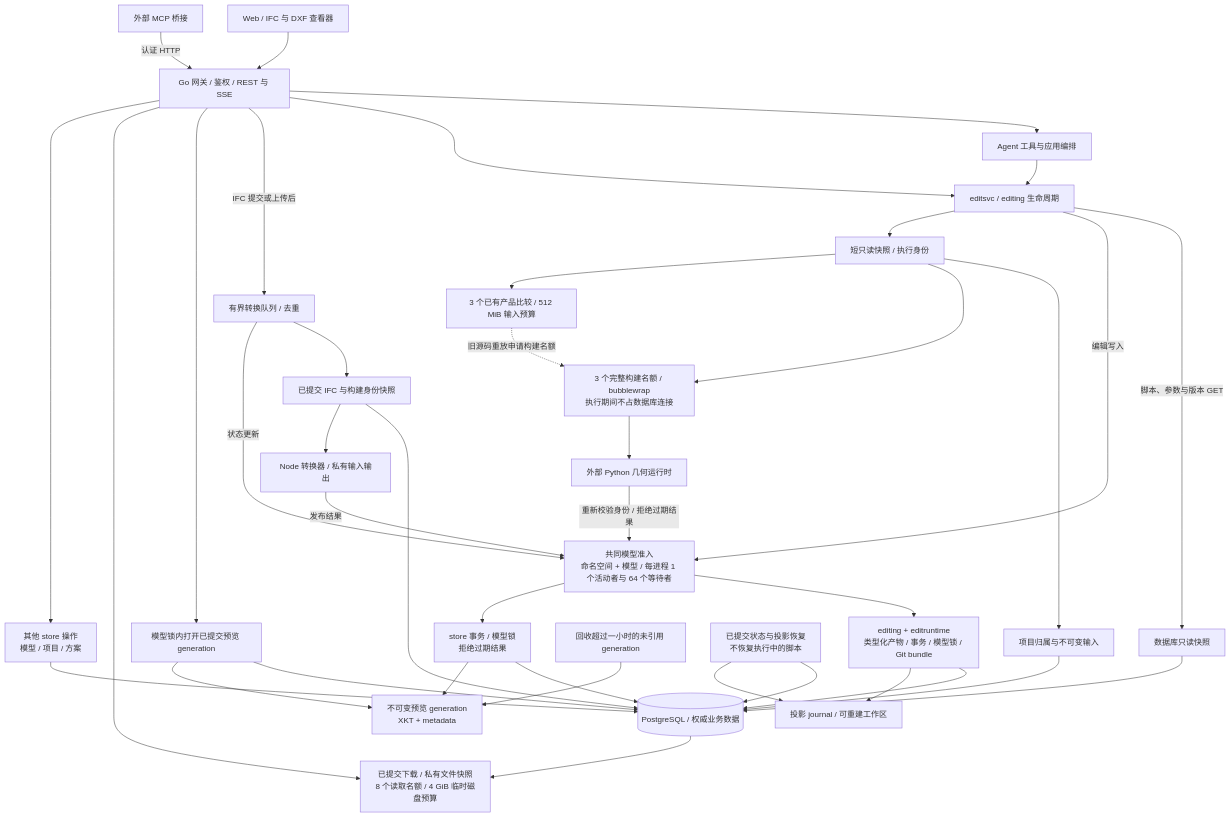
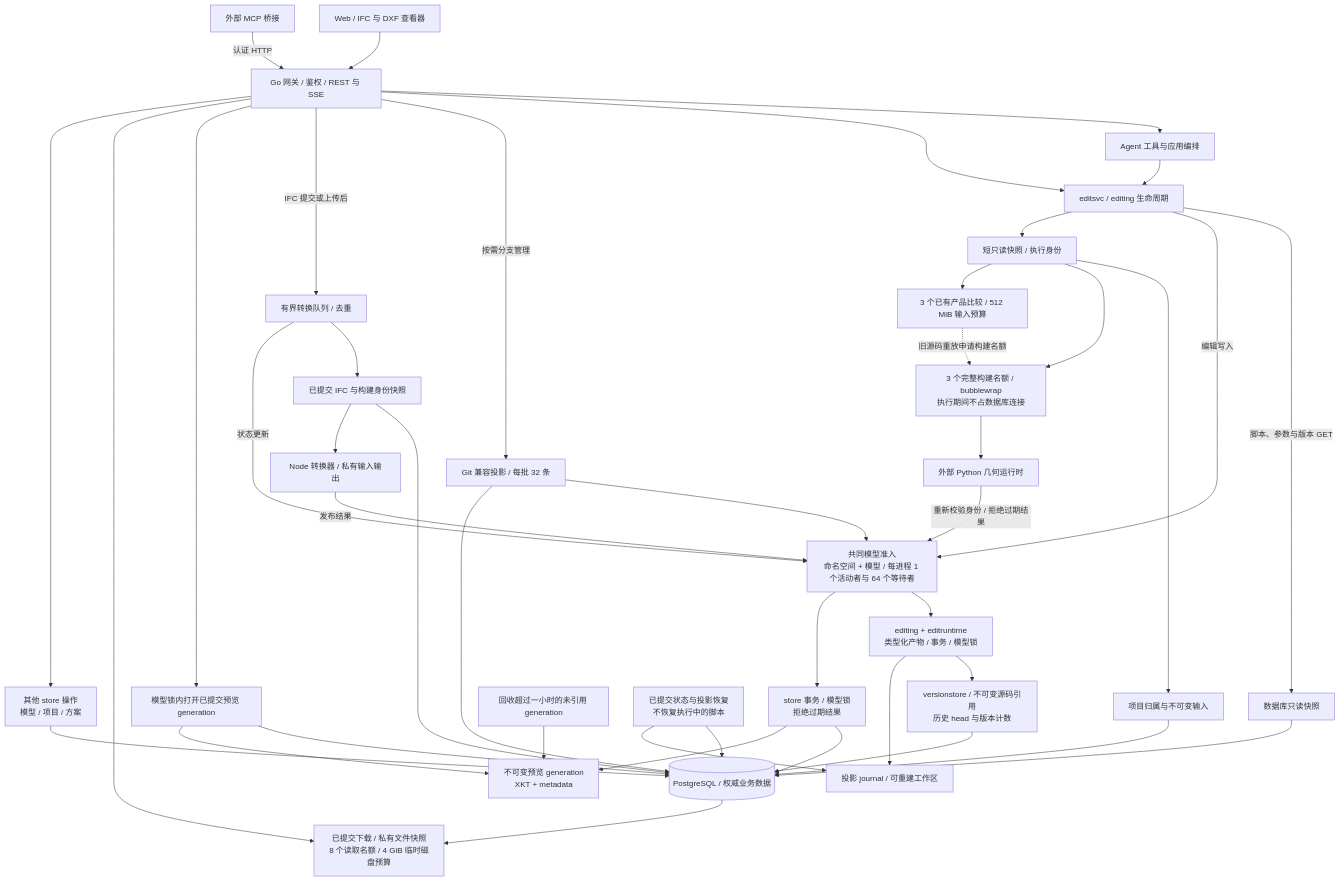
The first of 2 diagrams in README.zh-CN.md (0702hjj/SourceAEC), drawn with Mermaid before and after one commit. The commit also changed other lines of this file and 41 other files, not shown here.

````diff
--- a/README.zh-CN.md
+++ b/README.zh-CN.md
@@ -16,41 +16,45 @@
 ```mermaid
 flowchart TB
     WEB[Web / IFC 与 DXF 查看器] --> API[Go 网关 / 鉴权 / REST 与 SSE]
     MCP[外部 MCP 桥接] -->|认证 HTTP| API
     API --> AGENT[Agent 工具与应用编排]
     API --> EDIT[editsvc / editing 生命周期]
     AGENT --> EDIT
     EDIT -->|脚本、参数与版本 GET| READ[数据库只读快照]
     READ --> PG[(PostgreSQL / 权威业务数据)]
     EDIT -->|编辑写入| GATE[共同模型准入<br/>命名空间 + 模型 / 每进程 1 个活动者与 64 个等待者]
-    GATE --> WRITE[editing + editruntime<br/>类型化产物 / 事务 / 模型锁 / Git bundle]
-    WRITE --> PG
+    GATE --> WRITE[editing + editruntime<br/>类型化产物 / 事务 / 模型锁]
+    WRITE --> VERSION[versionstore / 不可变源码引用<br/>历史 head 与版本计数]
+    VERSION --> PG
+    API -->|按需分支管理| GIT[Git 兼容投影 / 每批 32 条]
+    GIT --> GATE
+    GIT --> PG
     EDIT --> PREP[短只读快照 / 执行身份]
     PREP --> INPUT[项目归属与不可变输入]
     INPUT --> PG
     PREP --> SANDBOX[3 个完整构建名额 / bubblewrap<br/>执行期间不占数据库连接]
     PREP --> COMPARE[3 个已有产品比较 / 512 MiB 输入预算]
     COMPARE -.->|旧源码重放申请构建名额| SANDBOX
     SANDBOX --> PY[外部 Python 几何运行时]
     PY -->|重新校验身份 / 拒绝过期结果| GATE
     WRITE --> JOURNAL[投影 journal / 可重建工作区]
     API -->|IFC 提交或上传后| QUEUE[有界转换队列 / 去重]
     QUEUE --> SOURCE[已提交 IFC 与构建身份快照]
     SOURCE --> PG
     SOURCE --> NODE[Node 转换器 / 私有输入输出]
     NODE -->|发布结果| GATE
     QUEUE -->|状态更新| GATE
     GATE --> DERIVED[store 事务 / 模型锁<br/>拒绝过期结果]
     DERIVED --> PG
     DERIVED --> CACHE[不可变预览 generation<br/>XKT + metadata]
     API --> VIEW[模型锁内打开已提交预览 generation]
     VIEW --> PG
     VIEW --> CACHE
     API --> DOWNLOAD[已提交下载 / 私有文件快照<br/>8 个读取名额 / 4 GiB 临时磁盘预算]
     PG --> DOWNLOAD
     GC[回收超过一小时的未引用 generation] --> CACHE
     RECOVER[已提交状态与投影恢复<br/>不恢复执行中的脚本] --> PG
     RECOVER --> JOURNAL
     API --> OTHER[其他 store 操作<br/>模型 / 项目 / 方案]
     OTHER --> PG
 ```
````
